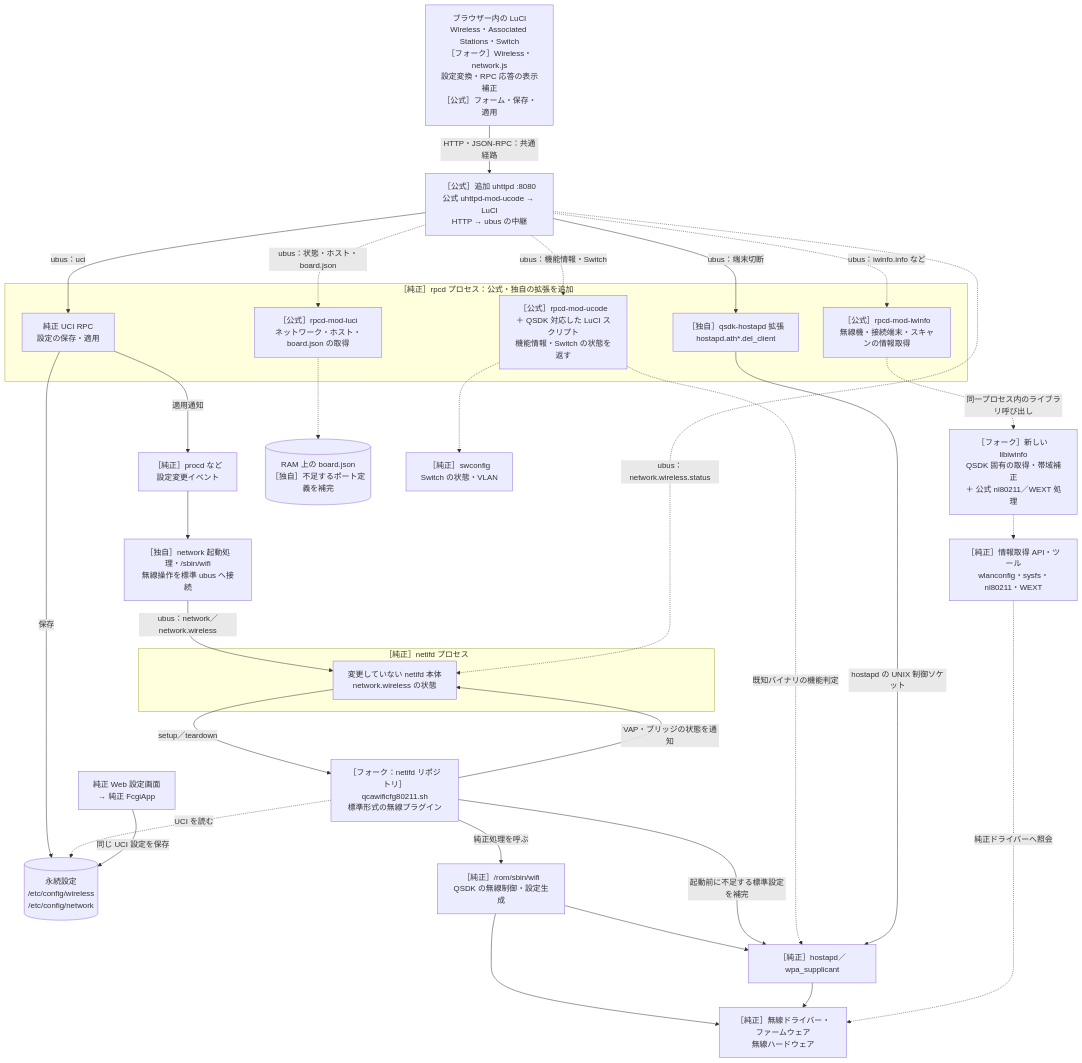
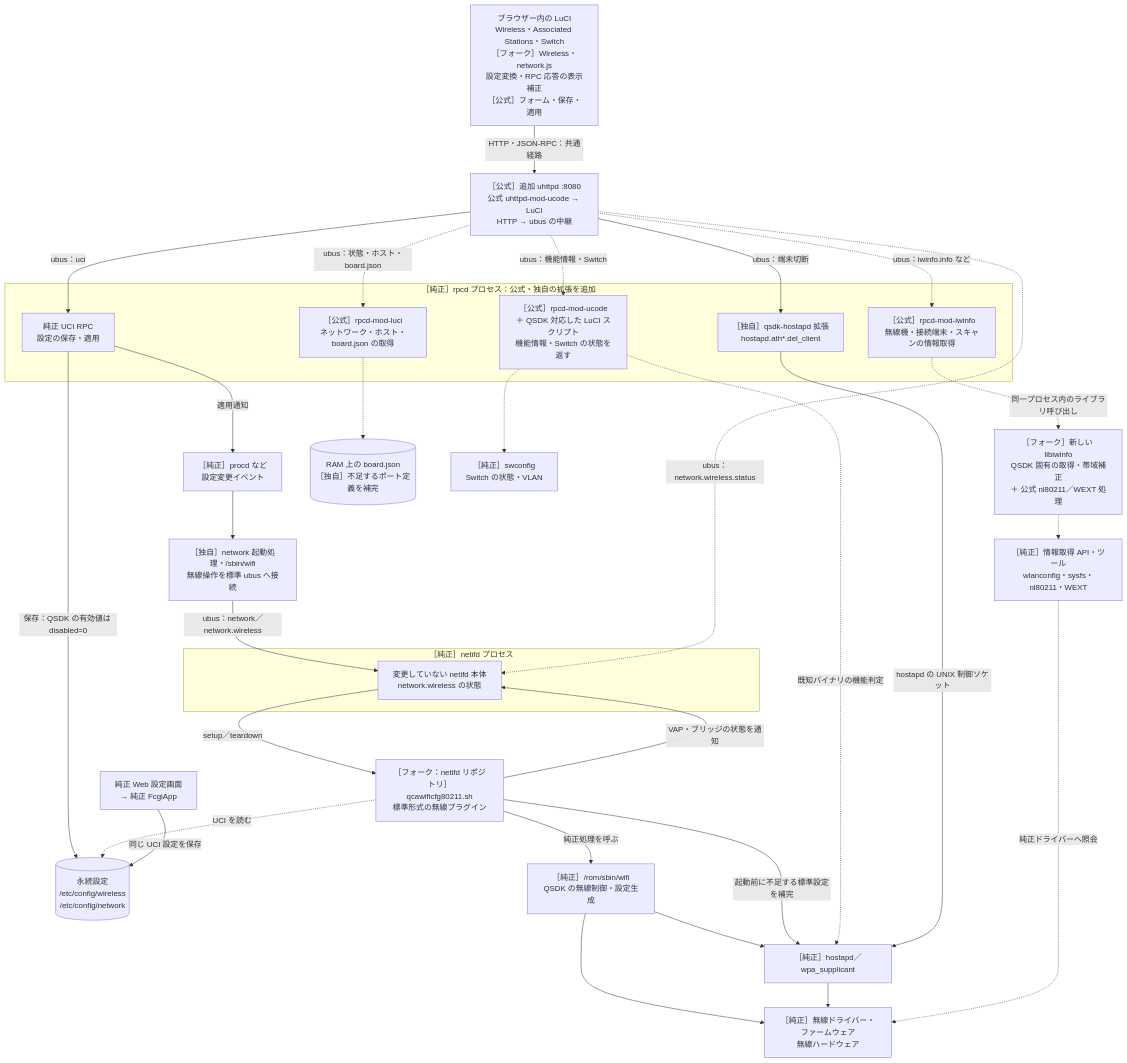
The first of 3 diagrams in README.md (onokatio/luci), drawn with Mermaid before and after one commit. The commit also changed other lines of this file and 5 other files, not shown here.

````diff
--- a/README.md
+++ b/README.md
@@ -22,60 +22,60 @@
 ```mermaid
 flowchart TD
     UI["ブラウザー内の LuCI<br/>Wireless・Associated Stations・Switch<br/>［フォーク］Wireless・network.js<br/>設定変換・RPC 応答の表示補正<br/>［公式］フォーム・保存・適用"]
     HTTP["［公式］追加 uhttpd :8080<br/>公式 uhttpd-mod-ucode → LuCI<br/>HTTP → ubus の中継"]
 
     subgraph RPC["［純正］rpcd プロセス：公式・独自の拡張を追加"]
         UCIAPI["純正 UCI RPC<br/>設定の保存・適用"]
         LRPC["［公式］rpcd-mod-luci<br/>ネットワーク・ホスト・board.json の取得"]
         IRPC["［公式］rpcd-mod-iwinfo<br/>無線機・接続端末・スキャンの情報取得"]
         URPC["［公式］rpcd-mod-ucode<br/>＋ QSDK 対応した LuCI スクリプト<br/>機能情報・Switch の状態を返す"]
         DISCONNECT["［独自］qsdk-hostapd 拡張<br/>hostapd.ath*.del_client"]
     end
 
     CONFIG[("永続設定<br/>/etc/config/wireless<br/>/etc/config/network")]
     EVENT["［純正］procd など<br/>設定変更イベント"]
     WRAP["［独自］network 起動処理・/sbin/wifi<br/>無線操作を標準 ubus へ接続"]
 
     subgraph NET["［純正］netifd プロセス"]
         CORE["変更していない netifd 本体<br/>network.wireless の状態"]
     end
 
     PLUGIN["［フォーク：netifd リポジトリ］<br/>qcawificfg80211.sh<br/>標準形式の無線プラグイン"]
     OEM["［純正］/rom/sbin/wifi<br/>QSDK の無線制御・設定生成"]
     AUTH["［純正］hostapd／wpa_supplicant"]
     DRIVER["［純正］無線ドライバー・ファームウェア<br/>無線ハードウェア"]
     NATIVE["［純正］情報取得 API・ツール<br/>wlanconfig・sysfs・nl80211・WEXT"]
     IW["［フォーク］新しい libiwinfo<br/>QSDK 固有の取得・帯域補正<br/>＋ 公式 nl80211／WEXT 処理"]
     BOARD[("RAM 上の board.json<br/>［独自］不足するポート定義を補完")]
     SW["［純正］swconfig<br/>Switch の状態・VLAN"]
     WEB["純正 Web 設定画面<br/>→ 純正 FcgiApp"]
 
     UI -->|"HTTP・JSON-RPC：共通経路"| HTTP
     HTTP -->|"ubus：uci"| UCIAPI
-    UCIAPI -->|"保存"| CONFIG
+    UCIAPI -->|"保存：QSDK の有効値は disabled=0"| CONFIG
     UCIAPI -->|"適用通知"| EVENT
     EVENT --> WRAP
     WRAP -->|"ubus：network／network.wireless"| CORE
     CORE -->|"setup／teardown"| PLUGIN
     PLUGIN -.->|"UCI を読む"| CONFIG
     PLUGIN -->|"純正処理を呼ぶ"| OEM
     OEM --> AUTH
     OEM --> DRIVER
     AUTH --> DRIVER
     PLUGIN -->|"起動前に不足する標準設定を補完"| AUTH
     PLUGIN -->|"VAP・ブリッジの状態を通知"| CORE
     WEB -->|"同じ UCI 設定を保存"| CONFIG
 
     HTTP -.->|"ubus：状態・ホスト・board.json"| LRPC
     HTTP -.->|"ubus：iwinfo.info など"| IRPC
     HTTP -.->|"ubus：機能情報・Switch"| URPC
     HTTP -->|"ubus：端末切断"| DISCONNECT
     HTTP -.->|"ubus：network.wireless.status"| CORE
     IRPC -.->|"同一プロセス内のライブラリ呼び出し"| IW
     IW -.-> NATIVE
     NATIVE -.->|"純正ドライバーへ照会"| DRIVER
     LRPC -.-> BOARD
     URPC -.-> SW
     URPC -.->|"既知バイナリの機能判定"| AUTH
     DISCONNECT -->|"hostapd の UNIX 制御ソケット"| AUTH
 ```
````
